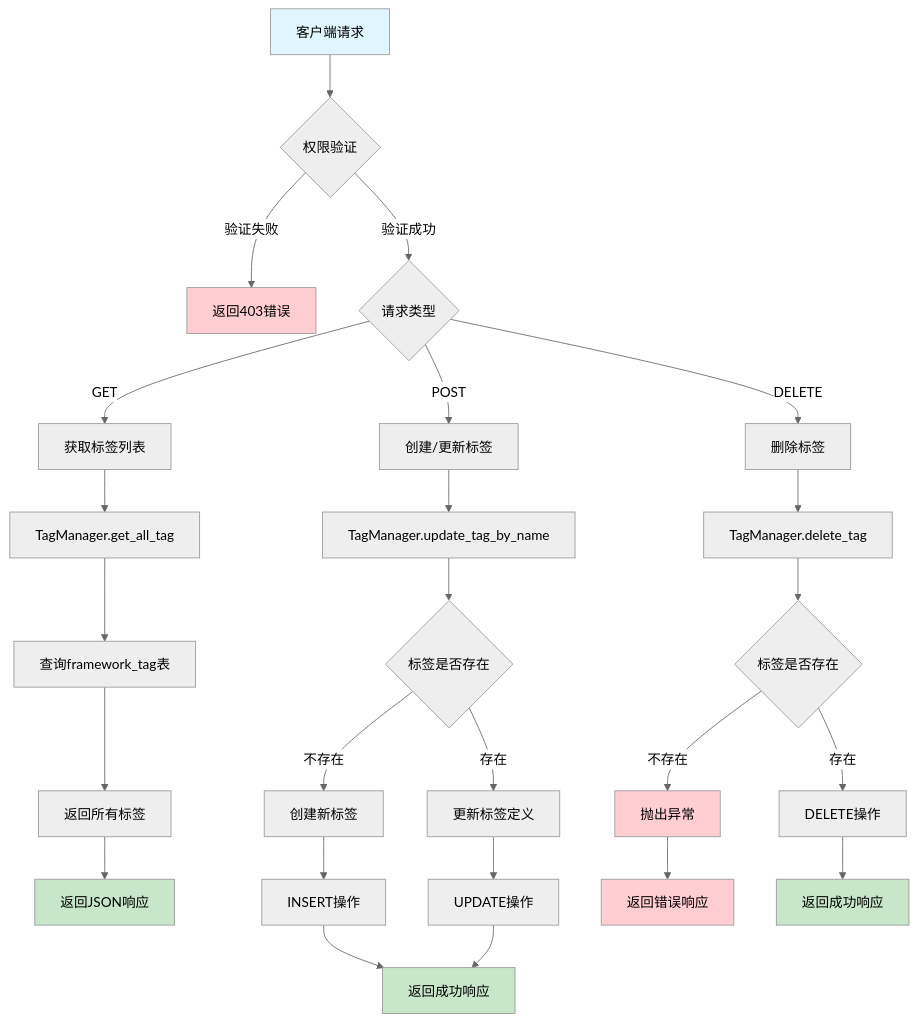
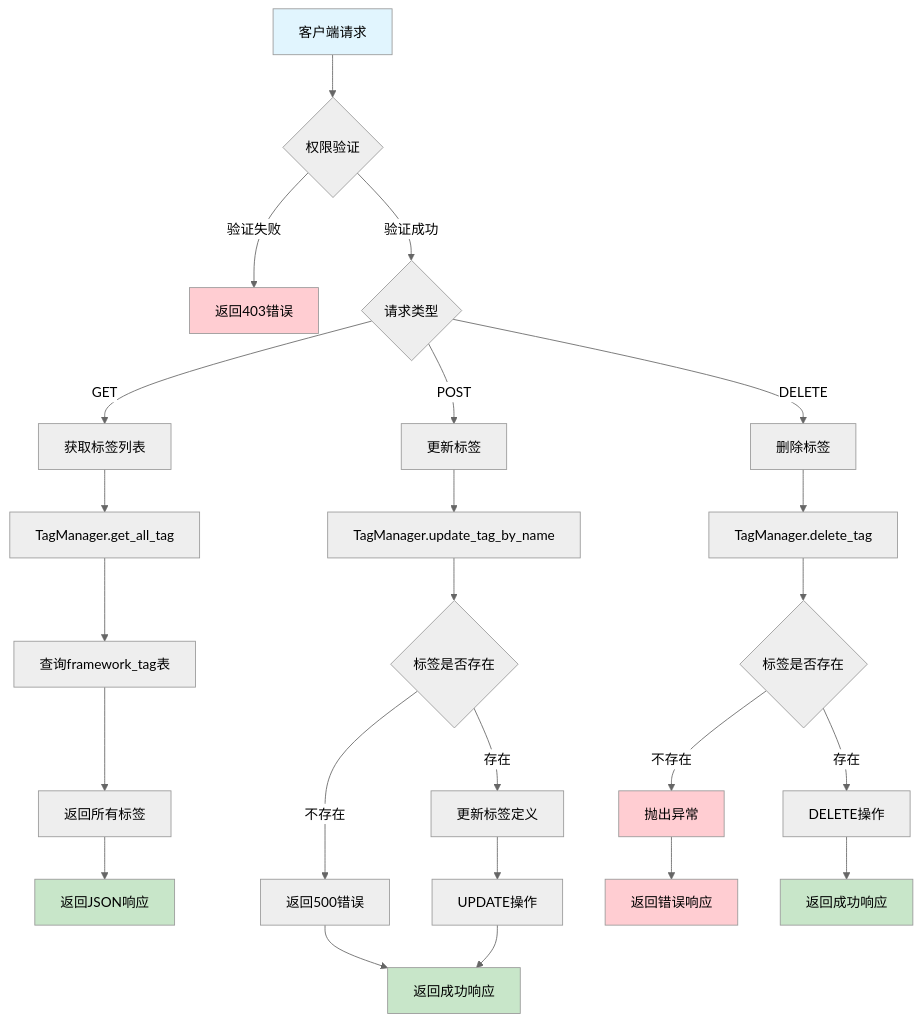
The third of 4 diagrams in design/services/tag.md (HongyuS/euler-copilot-framework), drawn with Mermaid (neutral theme) before and after one commit. The commit also changed other lines of this file and 7 other files, not shown here.

````diff
--- a/design/services/tag.md
+++ b/design/services/tag.md
@@ -154,39 +155,38 @@
 ```mermaid
 flowchart TD
     A[客户端请求] --> B{权限验证}
     B -->|验证失败| C[返回403错误]
     B -->|验证成功| D{请求类型}
     
     D -->|GET| E[获取标签列表]
-    D -->|POST| F[创建/更新标签]
+    D -->|POST| F[更新标签]
     D -->|DELETE| G[删除标签]
     
     E --> H[TagManager.get_all_tag]
     H --> I[查询framework_tag表]
     I --> J[返回所有标签]
     J --> K[返回JSON响应]
     
     F --> L[TagManager.update_tag_by_name]
     L --> M{标签是否存在}
-    M -->|不存在| N[创建新标签]
+    M -->|不存在| N[返回500错误]
     M -->|存在| O[更新标签定义]
-    N --> P[INSERT操作]
     O --> Q[UPDATE操作]
-    P --> R[返回成功响应]
-    Q --> R
+    N --> R[返回错误响应]
+    Q --> R[返回成功响应]
     
     G --> S[TagManager.delete_tag]
     S --> T{标签是否存在}
     T -->|不存在| U[抛出异常]
     T -->|存在| V[DELETE操作]
     U --> W[返回错误响应]
     V --> X[返回成功响应]
     
     style A fill:#e1f5fe
     style K fill:#c8e6c9
     style R fill:#c8e6c9
     style X fill:#c8e6c9
     style C fill:#ffcdd2
     style U fill:#ffcdd2
     style W fill:#ffcdd2
 ```
````
